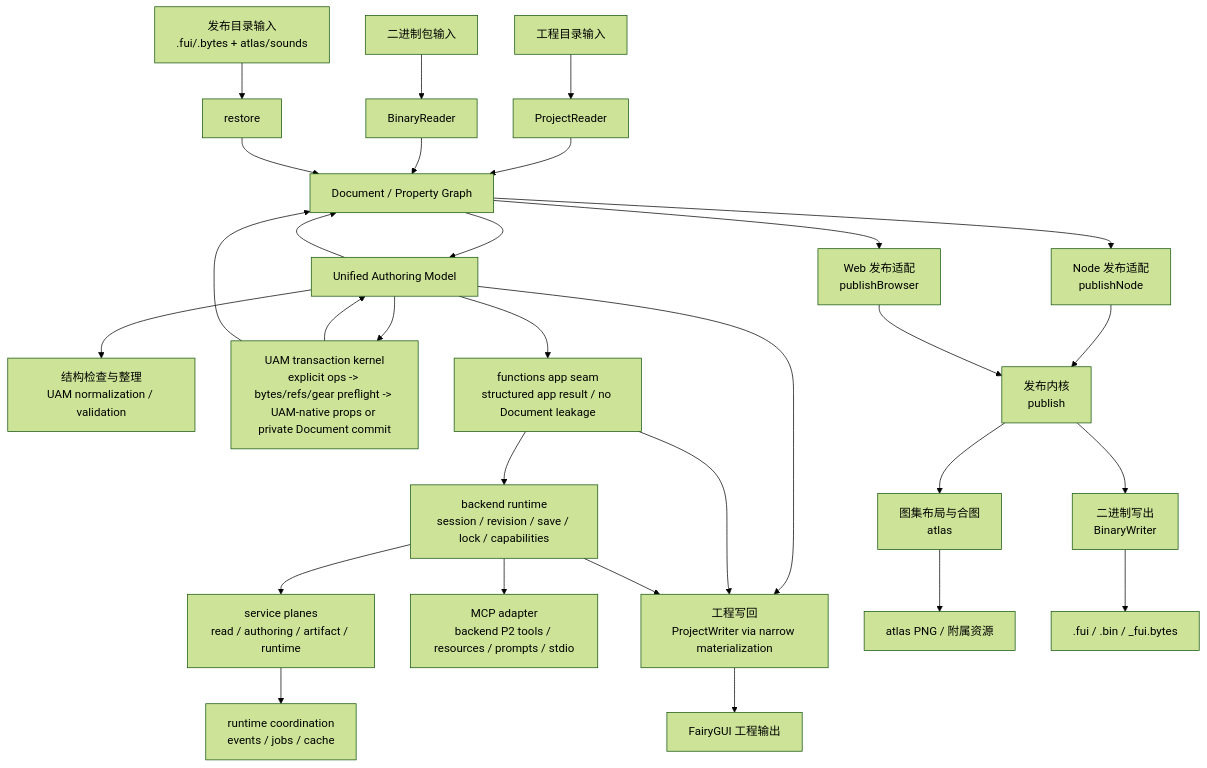
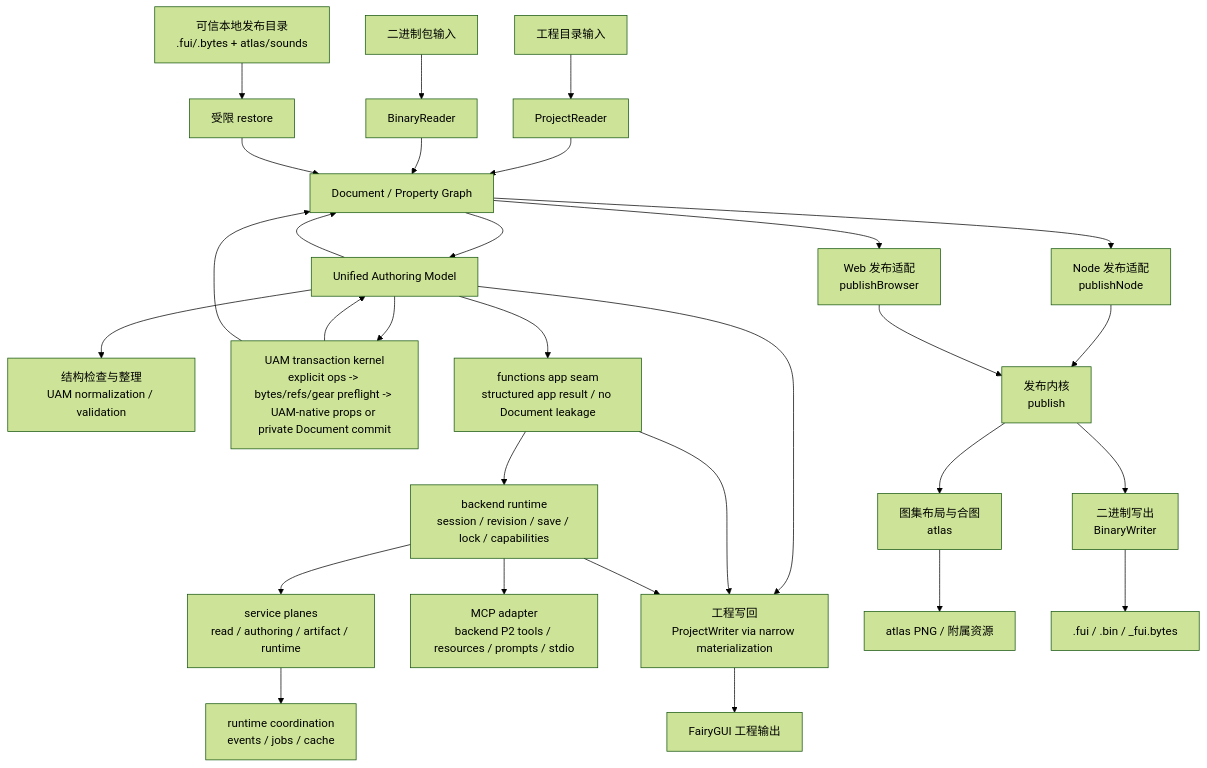
One commit to OpenFairyGUI/OpenFairyGUI changed the second of 2 diagrams in docs/architecture-overview.md. Above: the diagram before and after it, drawn with Mermaid (forest theme). The commit also changed other lines of this file and 15 other files, not shown here.

````diff
--- a/docs/architecture-overview.md
+++ b/docs/architecture-overview.md
@@ -287,32 +285,32 @@
 ```mermaid
 flowchart TD
     A["工程目录输入"] --> B["ProjectReader"]
     X["二进制包输入"] --> Y["BinaryReader"]
-    R["发布目录输入<br/>.fui/.bytes + atlas/sounds"] --> S["restore"]
+    R["可信本地发布目录<br/>.fui/.bytes + atlas/sounds"] --> S["受限 restore"]
     B --> C["Document / Property Graph"]
     Y --> C
     S --> C
     C --> U["Unified Authoring Model"]
     U --> D["结构检查与整理<br/>UAM normalization / validation"]
     U --> T["UAM transaction kernel<br/>explicit ops -> bytes/refs/gear preflight -> UAM-native props or private Document commit"]
     U --> A2["functions app seam<br/>structured app result / no Document leakage"]
     A2 --> B2["backend runtime<br/>session / revision / save / lock / capabilities"]
     B2 --> B3["service planes<br/>read / authoring / artifact / runtime"]
     B3 --> B4["runtime coordination<br/>events / jobs / cache"]
     B2 --> M1["MCP adapter<br/>backend P2 tools / resources / prompts / stdio"]
     T --> U
     T --> C
     U --> F["工程写回<br/>ProjectWriter via narrow materialization"]
     A2 --> F
     B2 --> F
     U --> C
     C --> EN["Node 发布适配<br/>publishNode"]
     C --> EW["Web 发布适配<br/>publishBrowser"]
     EN --> E["发布内核<br/>publish"]
     EW --> E
     E --> G["图集布局与合图<br/>atlas"]
     E --> H["二进制写出<br/>BinaryWriter"]
     F --> I["FairyGUI 工程输出"]
     G --> J["atlas PNG / 附属资源"]
     H --> K[".fui / .bin / _fui.bytes"]
 ```
````
